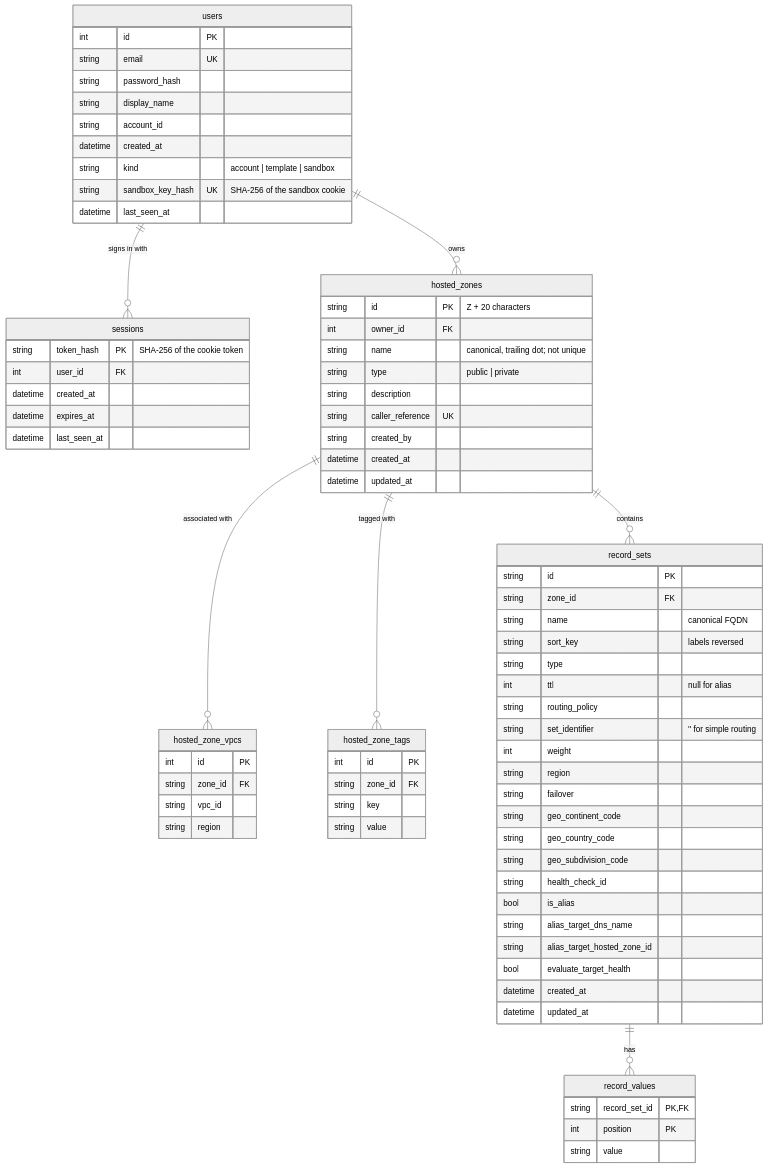
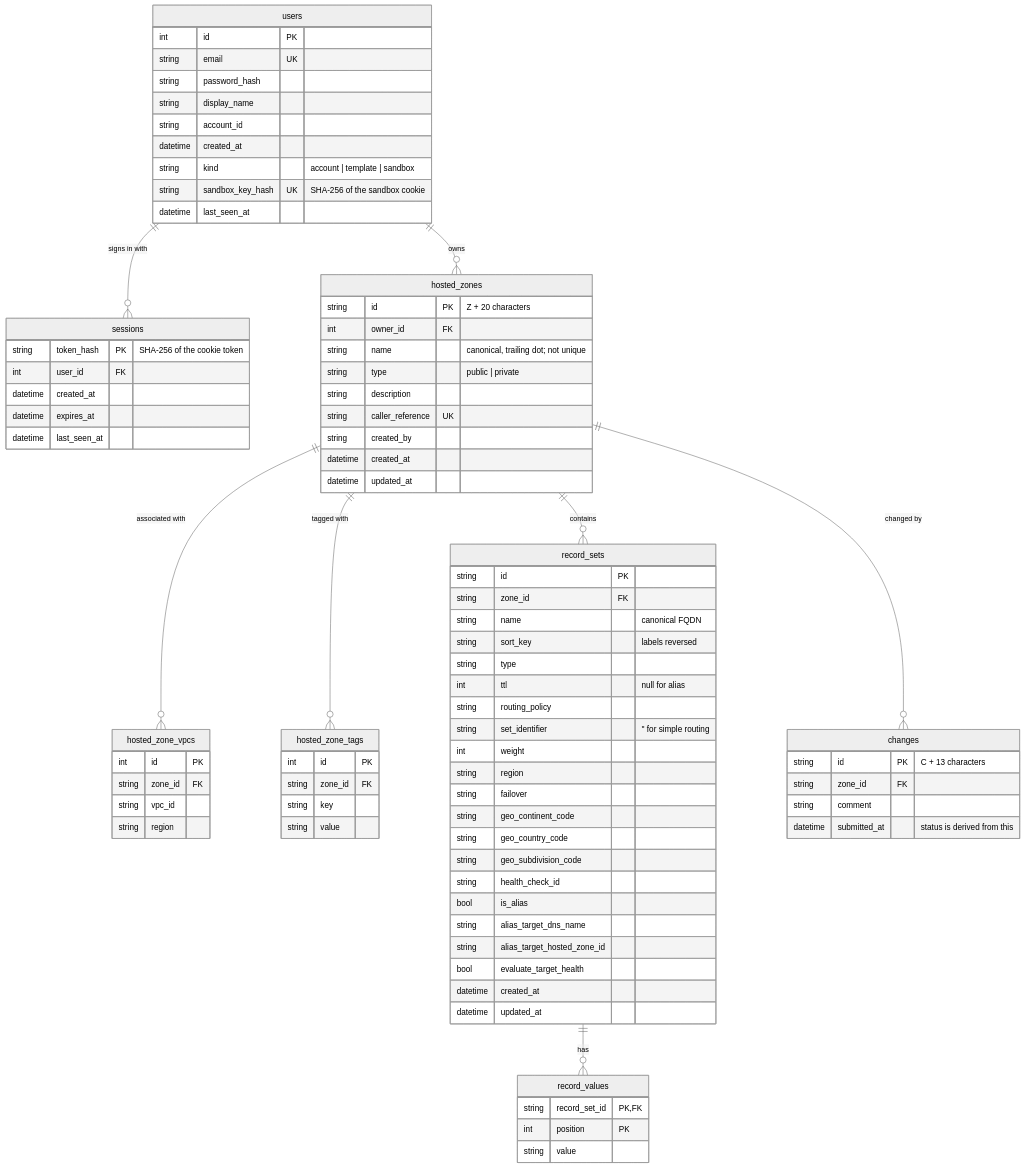
One commit to biscuitrescue/aws-route53-console-clone changed the second of 2 diagrams in README.md. Above: the diagram before and after it, drawn with Mermaid (neutral theme). The commit also changed other lines of this file and 31 other files, not shown here.

````diff
--- a/README.md
+++ b/README.md
@@ -314,6 +315,7 @@
     hosted_zones ||--o{ hosted_zone_vpcs : "associated with"
     hosted_zones ||--o{ hosted_zone_tags : "tagged with"
     hosted_zones ||--o{ record_sets : contains
+    hosted_zones ||--o{ changes : "changed by"
     record_sets ||--o{ record_values : has
 
     users {
@@ -385,4 +387,10 @@
         int position PK
         string value
     }
+    changes {
+        string id PK "C + 13 characters"
+        string zone_id FK
+        string comment
+        datetime submitted_at "status is derived from this"
+    }
 ```
````
